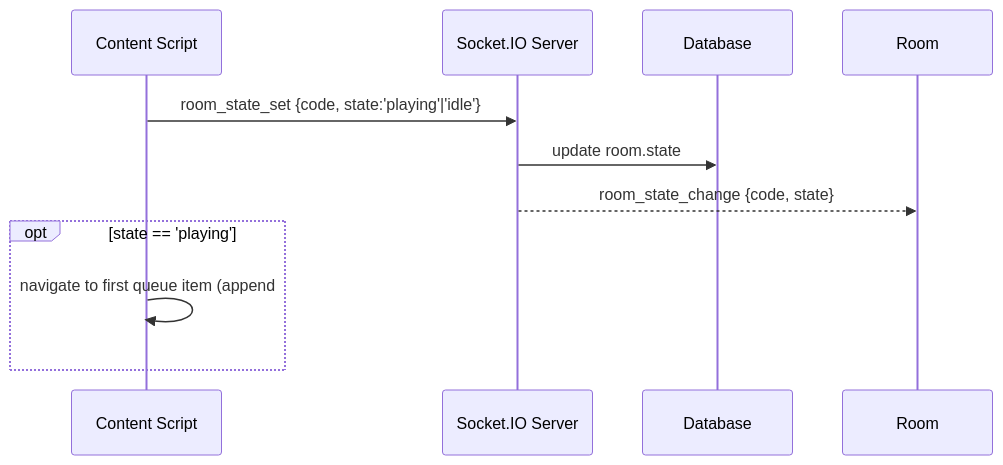
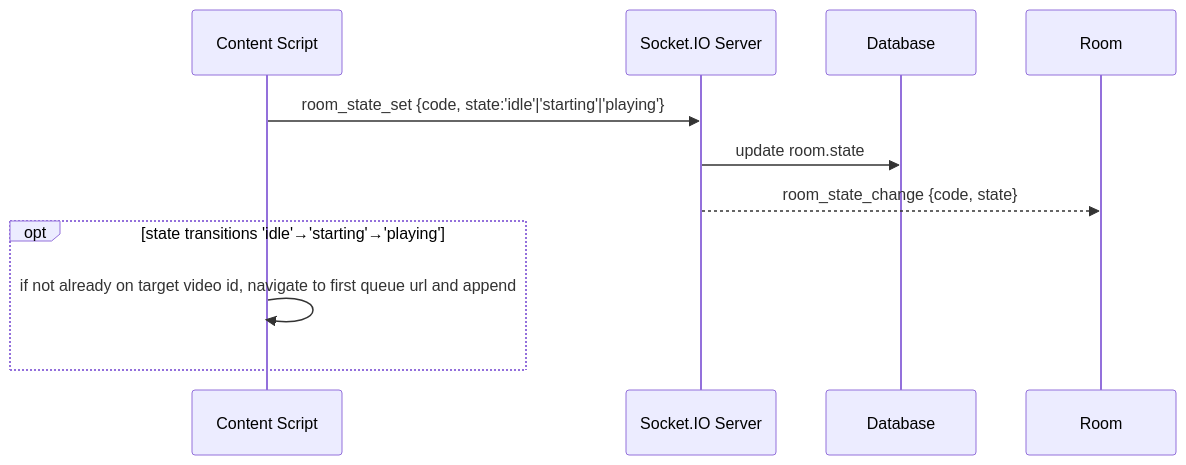
Before and after one commit to realwumbl3/ShareTube: the sixth of 10 diagrams in SYSTEMDIAGRAM.md, drawn with Mermaid. The commit also changed other lines of this file and 44 other files, not shown here.

````diff
--- a/SYSTEMDIAGRAM.md
+++ b/SYSTEMDIAGRAM.md
@@ -196,13 +220,13 @@
 ```mermaid
 sequenceDiagram
   participant CS as Content Script
   participant SIO as Socket.IO Server
   participant DB as Database
 
-  CS->>SIO: room_state_set {code, state:'playing'|'idle'}
+  CS->>SIO: room_state_set {code, state:'idle'|'starting'|'playing'}
   SIO->>DB: update room.state
   SIO-->>Room: room_state_change {code, state}
-  opt state == 'playing'
-    CS->>CS: navigate to first queue item (append #sharetube:CODE) [[[UPDATE THIS: Only if initial state was "starting"]]]
+  opt state transitions 'idle'→'starting'→'playing'
+    CS->>CS: if not already on target video id, navigate to first queue url and append #sharetube:CODE
   end
 ```
````
